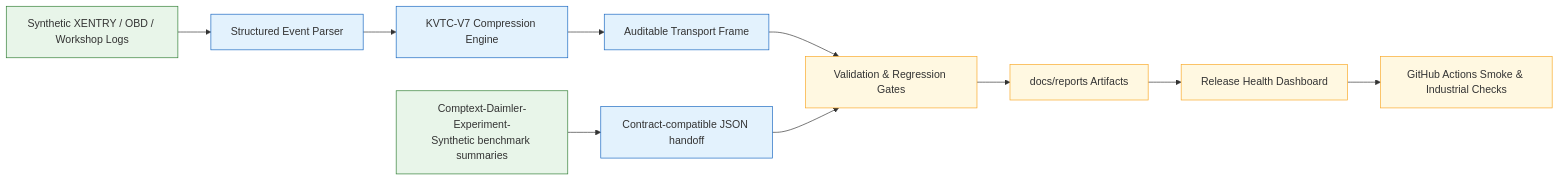
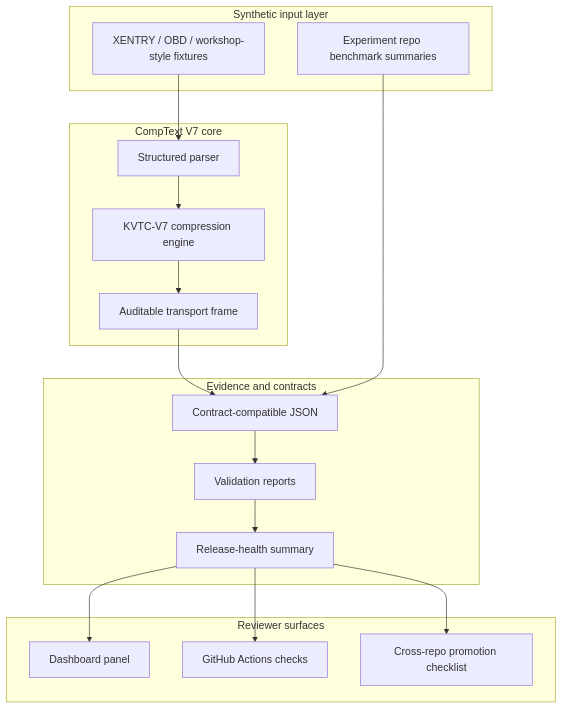
Before and after one commit to ProfRandom92/Comptextv7: the first of 3 diagrams in README.md, drawn with Mermaid.

Commit message:
Simplify README architecture diagram

````diff
--- a/README.md
+++ b/README.md
@@ -23,20 +23,32 @@
 ```mermaid
-flowchart LR
-    Logs["Synthetic XENTRY / OBD / Workshop Logs"] --> Parse["Structured Event Parser"]
-    Parse --> KVTC["KVTC-V7 Compression Engine"]
-    KVTC --> Frame["Auditable Transport Frame"]
-    Frame --> Validation["Validation & Regression Gates"]
-    Validation --> Reports["docs/reports Artifacts"]
-    Reports --> Dashboard["Release Health Dashboard"]
-    Dashboard --> CI["GitHub Actions Smoke & Industrial Checks"]
+flowchart TB
+    subgraph Input["Synthetic input layer"]
+        A["XENTRY / OBD / workshop-style fixtures"]
+        B["Experiment repo benchmark summaries"]
+    end
 
-    Experiment["Comptext-Daimler-Experiment-\nSynthetic benchmark summaries"] --> Contracts["Contract-compatible JSON handoff"]
-    Contracts --> Validation
+    subgraph Core["CompText V7 core"]
+        C["Structured parser"]
+        D["KVTC-V7 compression engine"]
+        E["Auditable transport frame"]
+    end
 
-    classDef safe fill:#e8f5e9,stroke:#2e7d32,stroke-width:1px;
-    classDef core fill:#e3f2fd,stroke:#1565c0,stroke-width:1px;
-    classDef ci fill:#fff8e1,stroke:#f9a825,stroke-width:1px;
-    class Logs,Experiment safe;
-    class Parse,KVTC,Frame,Contracts core;
-    class Validation,Reports,Dashboard,CI ci;
+    subgraph Evidence["Evidence and contracts"]
+        F["Contract-compatible JSON"]
+        G["Validation reports"]
+        H["Release-health summary"]
+    end
+
+    subgraph Delivery["Reviewer surfaces"]
+        I["Dashboard panel"]
+        J["GitHub Actions checks"]
+        K["Cross-repo promotion checklist"]
+    end
+
+    A --> C --> D --> E --> F
+    B --> F
+    F --> G --> H
+    H --> I
+    H --> J
+    H --> K
 ```
````
